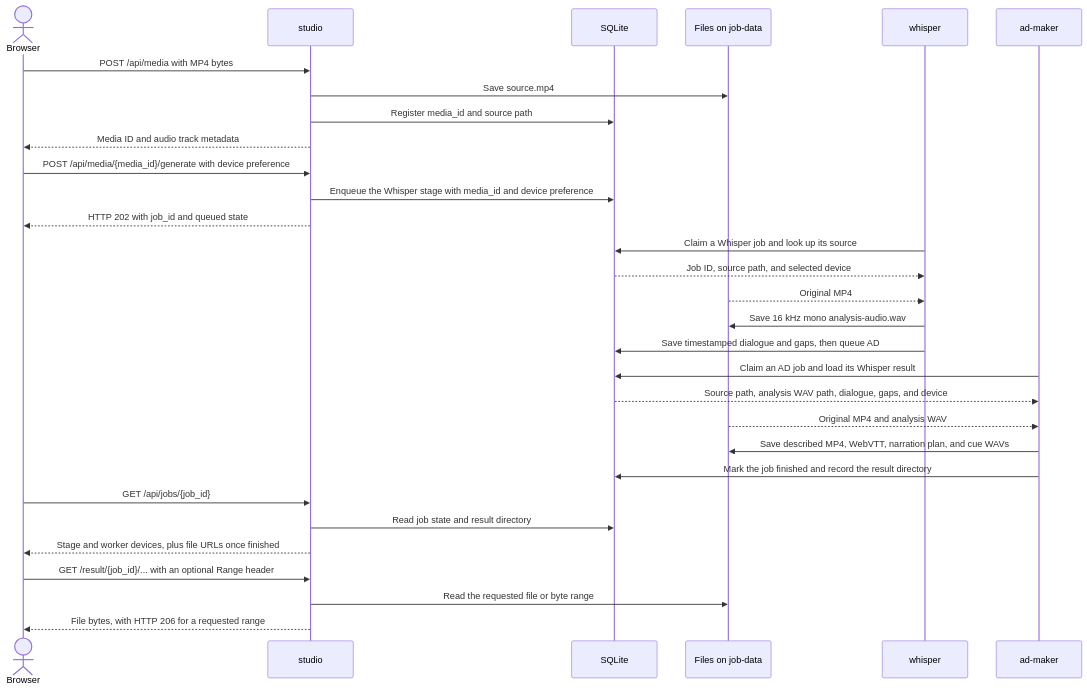
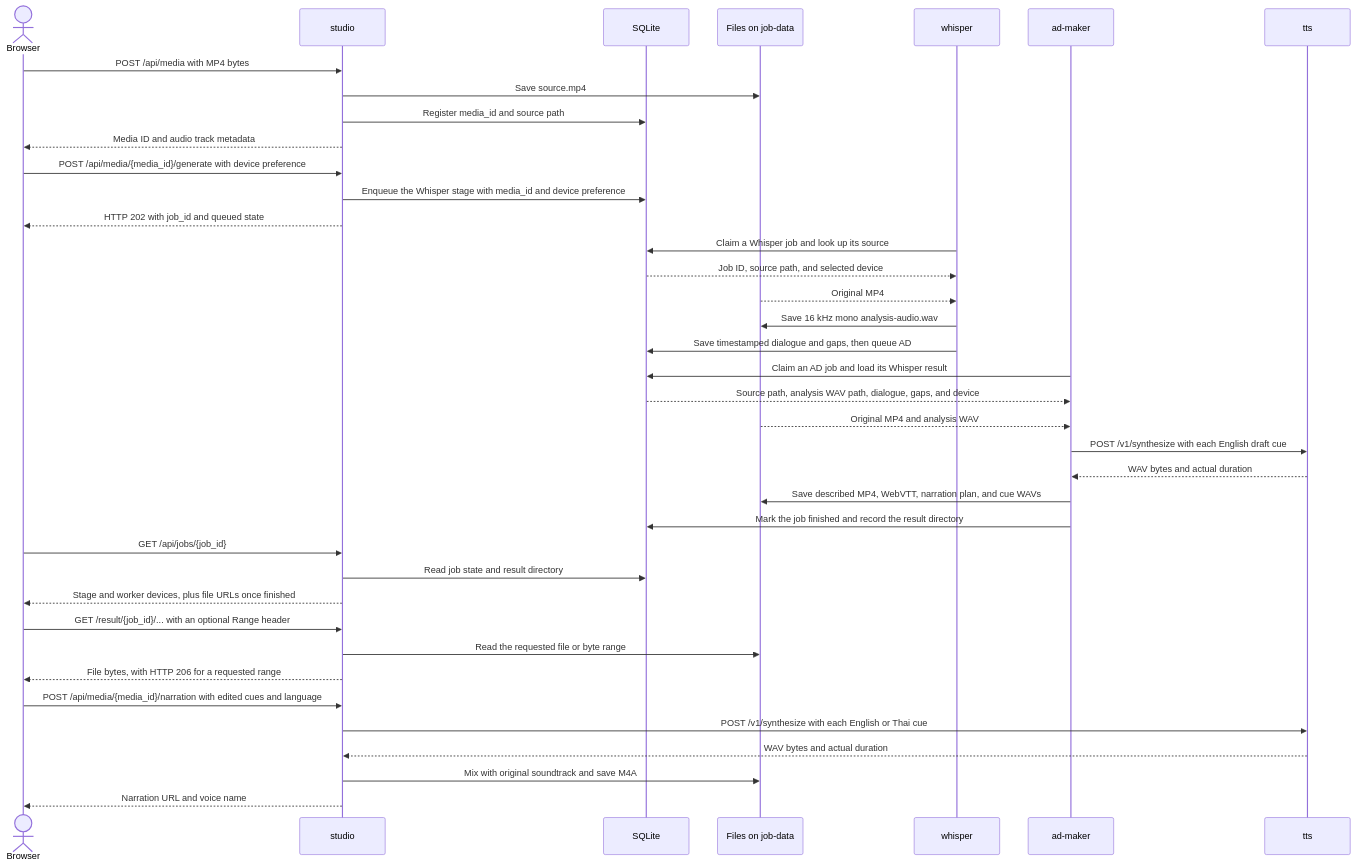
The diagram in README.md (hereisamara/audio-description), drawn with Mermaid before and after one commit. The commit also changed other lines of this file and 2 other files, not shown here.

Commit message:
Document the TTS API and container interactions

````diff
--- a/README.md
+++ b/README.md
@@ -48,37 +56,46 @@
 ```mermaid
 sequenceDiagram
     actor Browser
     participant Studio as studio
     participant DB as SQLite
     participant Files as Files on job-data
     participant Whisper as whisper
     participant AD as ad-maker
+    participant TTS as tts
 
     Browser->>Studio: POST /api/media with MP4 bytes
     Studio->>Files: Save source.mp4
     Studio->>DB: Register media_id and source path
     Studio-->>Browser: Media ID and audio track metadata
 
     Browser->>Studio: POST /api/media/{media_id}/generate with device preference
     Studio->>DB: Enqueue the Whisper stage with media_id and device preference
     Studio-->>Browser: HTTP 202 with job_id and queued state
 
     Whisper->>DB: Claim a Whisper job and look up its source
     DB-->>Whisper: Job ID, source path, and selected device
     Files-->>Whisper: Original MP4
     Whisper->>Files: Save 16 kHz mono analysis-audio.wav
     Whisper->>DB: Save timestamped dialogue and gaps, then queue AD
 
     AD->>DB: Claim an AD job and load its Whisper result
     DB-->>AD: Source path, analysis WAV path, dialogue, gaps, and device
     Files-->>AD: Original MP4 and analysis WAV
+    AD->>TTS: POST /v1/synthesize with each English draft cue
+    TTS-->>AD: WAV bytes and actual duration
     AD->>Files: Save described MP4, WebVTT, narration plan, and cue WAVs
     AD->>DB: Mark the job finished and record the result directory
 
     Browser->>Studio: GET /api/jobs/{job_id}
     Studio->>DB: Read job state and result directory
     Studio-->>Browser: Stage and worker devices, plus file URLs once finished
     Browser->>Studio: GET /result/{job_id}/... with an optional Range header
     Studio->>Files: Read the requested file or byte range
     Studio-->>Browser: File bytes, with HTTP 206 for a requested range
+
+    Browser->>Studio: POST /api/media/{media_id}/narration with edited cues and language
+    Studio->>TTS: POST /v1/synthesize with each English or Thai cue
+    TTS-->>Studio: WAV bytes and actual duration
+    Studio->>Files: Mix with original soundtrack and save M4A
+    Studio-->>Browser: Narration URL and voice name
 ```
````
